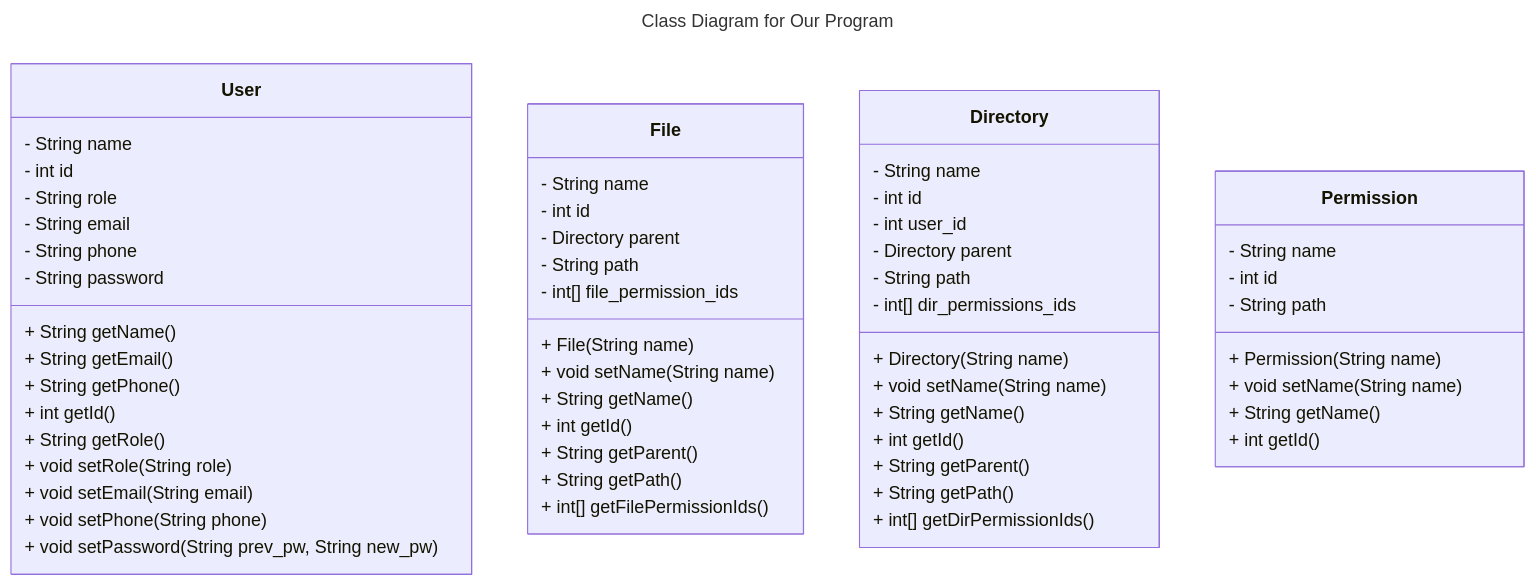
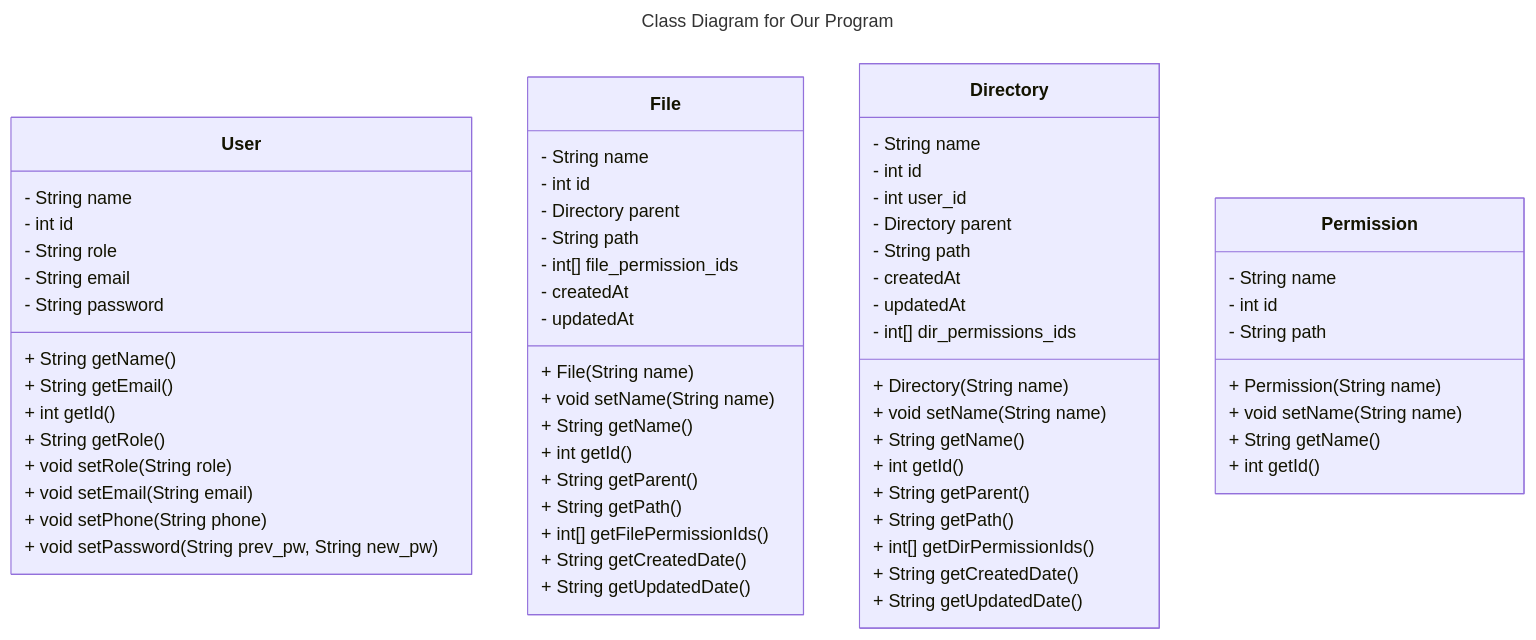
One commit to amdy87/MySQL-Filesystem changed the third of 5 diagrams in README.md. Above: the diagram before and after it, drawn with Mermaid. The commit also changed other lines of this file and 5 other files, not shown here.

Commit message:
update yml file and schema for database tables

````diff
--- a/README.md
+++ b/README.md
@@ -305,66 +304,72 @@
 ```mermaid
 ---
 title: Class Diagram for Our Program
 ---
 classDiagram
 
     class User{
         - String name
         - int id
         - String role
         - String email
-        - String phone
         - String password
         + String getName()
         + String getEmail()
-        + String getPhone()
         + int getId()
         + String getRole()
         + void setRole(String role)
         + void setEmail(String email)
         + void setPhone(String phone)
         + void setPassword(String prev_pw, String new_pw)
 
     }
     class File {
         - String name
         - int id
         - Directory parent
         - String path
         - int[] file_permission_ids
+        - createdAt
+        - updatedAt
         + File(String name)
         + void setName(String name)
         + String getName()
         + int getId()
         + String getParent()
         + String getPath()
         + int[] getFilePermissionIds()
+        + String getCreatedDate()
+        + String getUpdatedDate()
     }
 
     class Directory {
         - String name
         - int id
         - int user_id
         - Directory parent
         - String path
+        - createdAt
+        - updatedAt
         - int[] dir_permissions_ids
         + Directory(String name)
         + void setName(String name)
         + String getName()
         + int getId()
         + String getParent()
         + String getPath()
         + int[] getDirPermissionIds()
+        + String getCreatedDate()
+        + String getUpdatedDate()
     }
 
     class Permission {
         - String name
         - int id
         - String path
         + Permission(String name)
         + void setName(String name)
         + String getName()
         + int getId()
     }
    
 ```
````
